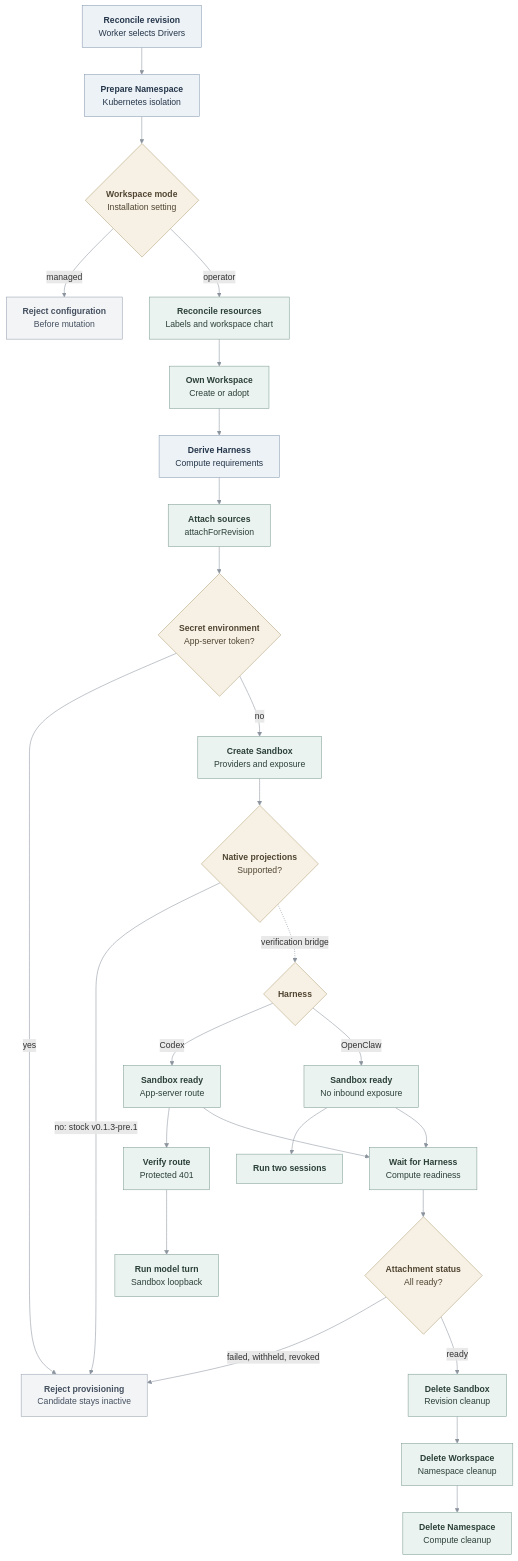
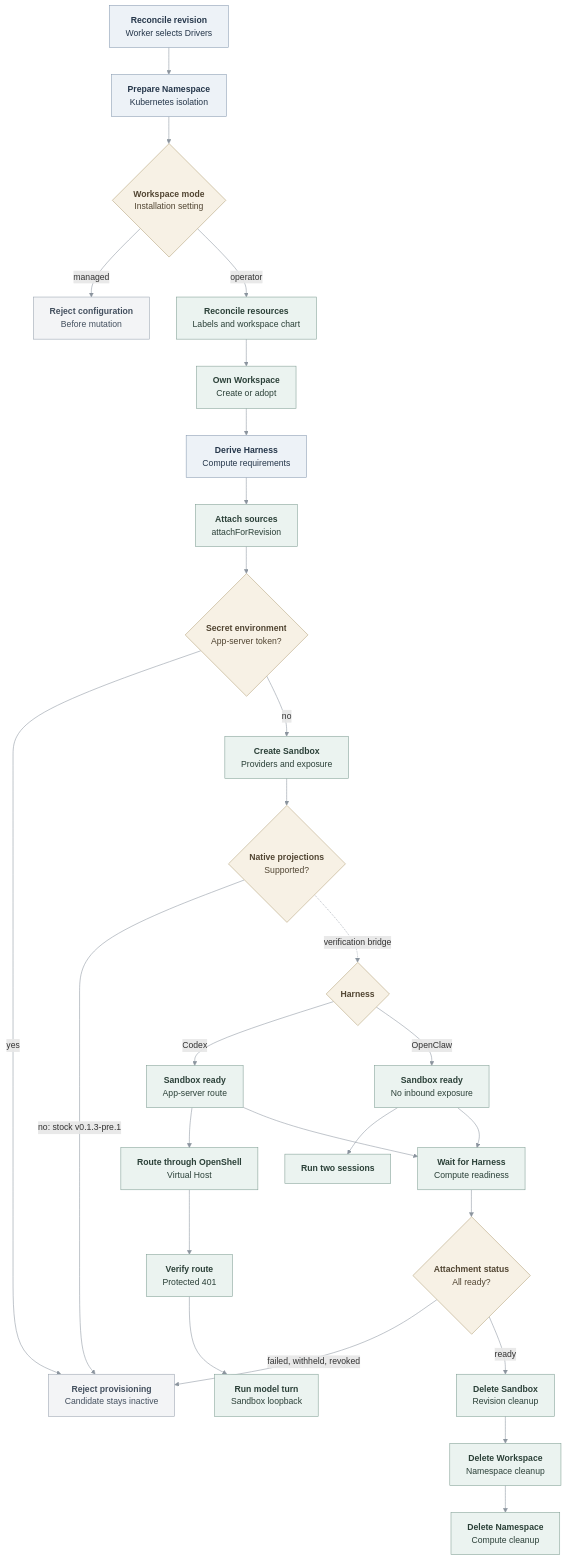
Before and after one commit to sallyom/openclaw-enterprise: the diagram in docs/flows/openshell-sandbox-provisioning.md, drawn with Mermaid. The commit also changed other lines of this file and 9 other files, not shown here.

````diff
--- a/docs/flows/openshell-sandbox-provisioning.md
+++ b/docs/flows/openshell-sandbox-provisioning.md
@@ -47,38 +43,39 @@
 ```mermaid
 graph TD
   A["<b>Reconcile revision</b><br/>Worker selects Drivers"] --> B["<b>Prepare Namespace</b><br/>Kubernetes isolation"]
   B --> C{"<b>Workspace mode</b><br/>Installation setting"}
   C -- "managed" --> X["<b>Reject configuration</b><br/>Before mutation"]
   C -- "operator" --> D["<b>Reconcile resources</b><br/>Labels and workspace chart"]
   D --> E["<b>Own Workspace</b><br/>Create or adopt"]
   E --> F["<b>Derive Harness</b><br/>Compute requirements"]
   F --> Q["<b>Attach sources</b><br/>attachForRevision"]
   Q --> G{"<b>Secret environment</b><br/>App-server token?"}
   G -- "yes" --> R["<b>Reject provisioning</b><br/>Candidate stays inactive"]
   G -- "no" --> H["<b>Create Sandbox</b><br/>Providers and exposure"]
   H --> I{"<b>Native projections</b><br/>Supported?"}
   I -- "no: stock v0.1.3-pre.1" --> R
   I -. "verification bridge" .-> V{"<b>Harness</b>"}
   V -- "Codex" --> J["<b>Sandbox ready</b><br/>App-server route"]
-  J --> K["<b>Verify route</b><br/>Protected 401"]
+  J --> W["<b>Route through OpenShell</b><br/>Virtual Host"]
+  W --> K["<b>Verify route</b><br/>Protected 401"]
   K --> L["<b>Run model turn</b><br/>Sandbox loopback"]
   V -- "OpenClaw" --> T["<b>Sandbox ready</b><br/>No inbound exposure"]
   T --> U["<b>Run two sessions</b>"]
   J --> M["<b>Wait for Harness</b><br/>Compute readiness"]
   M --> S{"<b>Attachment status</b><br/>All ready?"}
   S -- "failed, withheld, revoked" --> R
   S -- "ready" --> N["<b>Delete Sandbox</b><br/>Revision cleanup"]
   T --> M
   N --> O["<b>Delete Workspace</b><br/>Namespace cleanup"]
   O --> P["<b>Delete Namespace</b><br/>Compute cleanup"]
 
   classDef state fill:#EDF2F7,stroke:#879AB0,color:#25364A,stroke-width:1px
   classDef operation fill:#EBF3F0,stroke:#7F9D93,color:#2B4038,stroke-width:1px
   classDef gate fill:#F7F1E5,stroke:#B3A078,color:#514532,stroke-width:1px
   classDef blocked fill:#F3F4F6,stroke:#98A2AE,color:#44505F,stroke-width:1px
   class A,B,F state
-  class D,E,Q,H,J,K,L,M,N,O,P,T,U operation
+  class D,E,Q,H,J,W,K,L,M,N,O,P,T,U operation
   class C,G,I,S,V gate
   class X,R blocked
   linkStyle default stroke:#8B949E,stroke-width:1px
 ```
````
